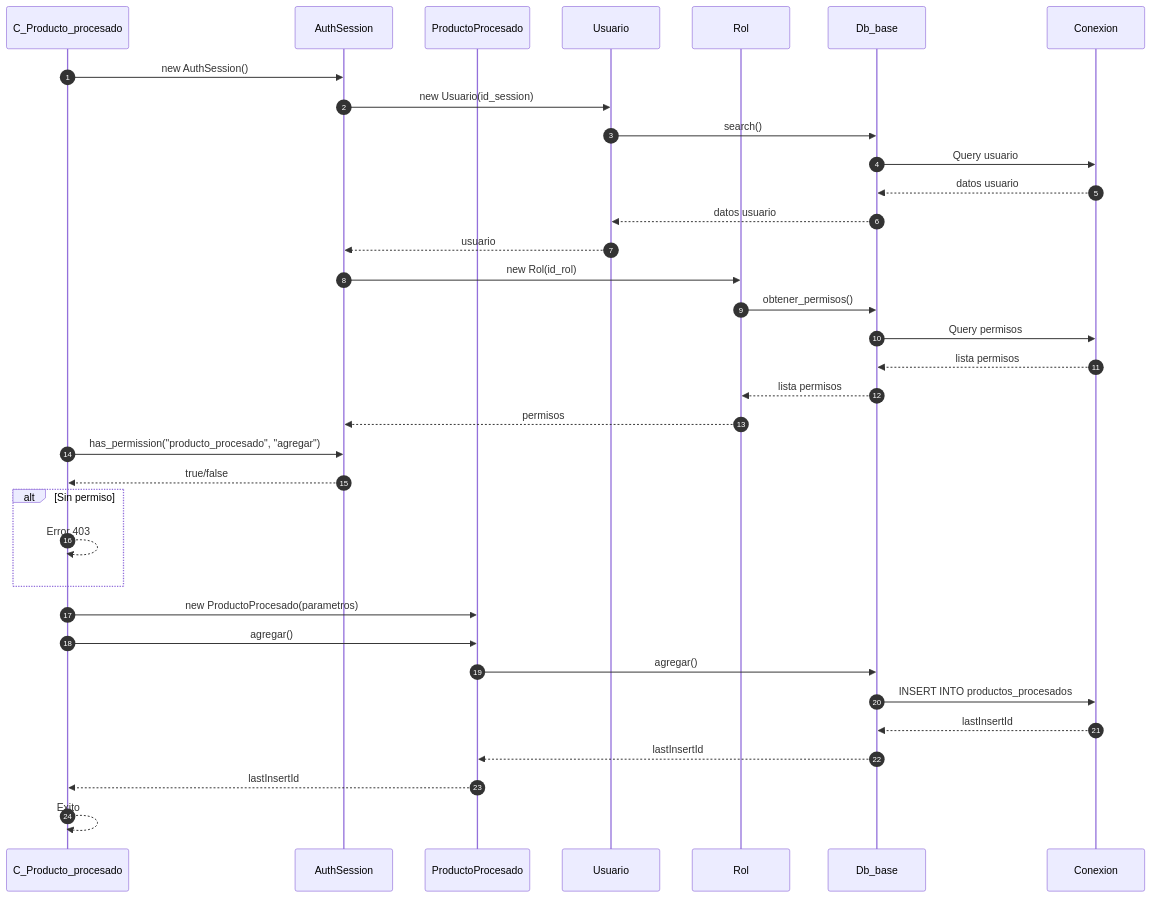
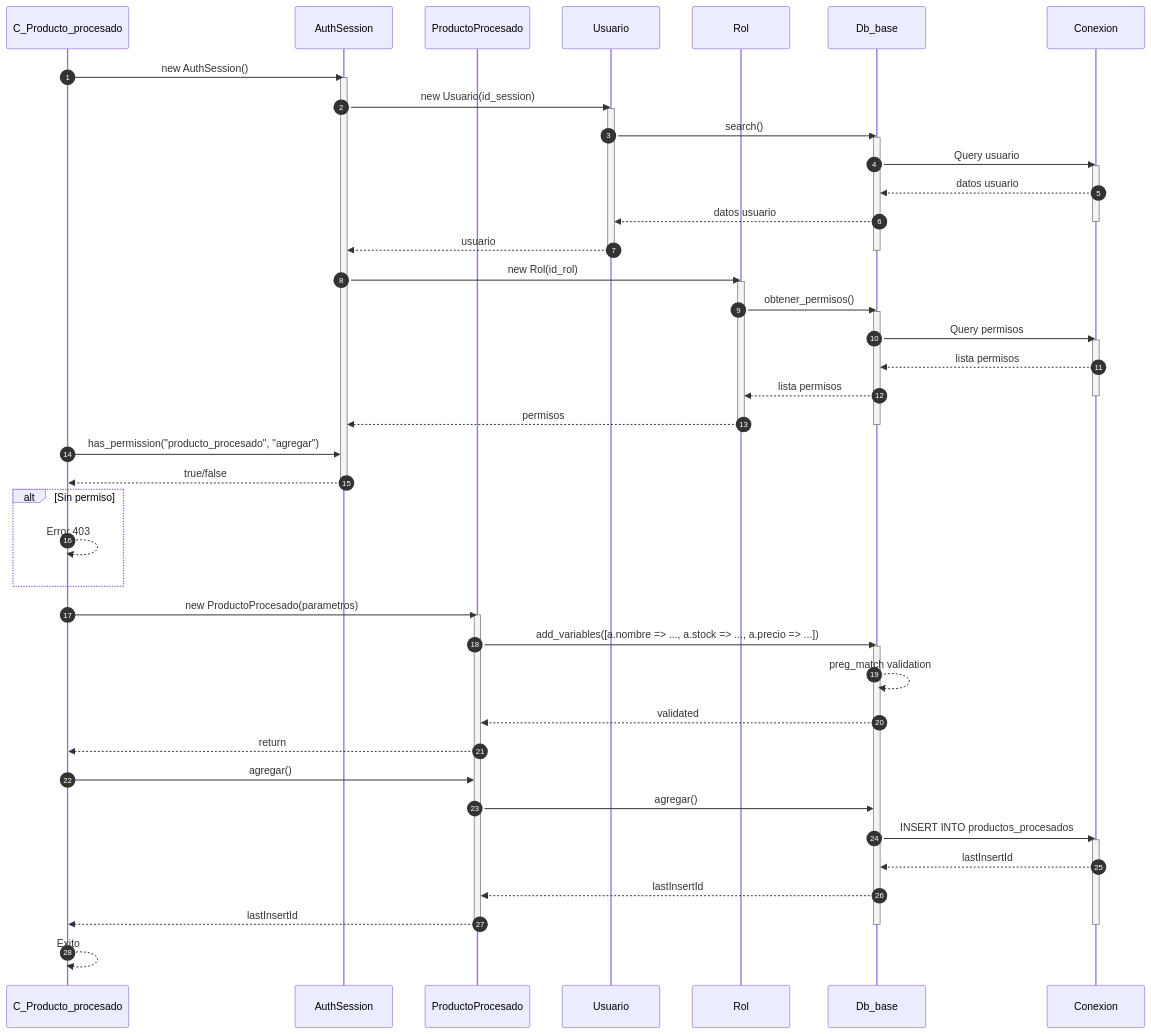
The first of 4 diagrams in docs/secuencia/productos/producto_procesado.md (Tecrato/BurgerHouse), drawn with Mermaid before and after one commit. The commit also changed other lines of this file and 16 other files, not shown here.

First line of the commit message:
Annotate mermaid sequences & throttle generator

````diff
--- a/docs/secuencia/productos/producto_procesado.md
+++ b/docs/secuencia/productos/producto_procesado.md
@@ -5,43 +5,67 @@
 ```mermaid
 sequenceDiagram
     autonumber
     participant C_PP as C_Producto_procesado
     participant AuthSession as AuthSession
     participant ProductoProcesado as ProductoProcesado
     participant Usuario as Usuario
     participant Rol as Rol
     participant Db_base as Db_base
     participant Conexion as Conexion
     
     C_PP->>AuthSession: new AuthSession()
+    activate AuthSession
     AuthSession->>Usuario: new Usuario(id_session)
+    activate Usuario
     Usuario->>Db_base: search()
+    activate Db_base
     Db_base->>Conexion: Query usuario
+    activate Conexion
     Conexion-->>Db_base: datos usuario
     Db_base-->>Usuario: datos usuario
+    deactivate Conexion
     Usuario-->>AuthSession: usuario
+    deactivate Usuario
+    deactivate Db_base
     
     AuthSession->>Rol: new Rol(id_rol)
+    activate Rol
     Rol->>Db_base: obtener_permisos()
+    activate Db_base
     Db_base->>Conexion: Query permisos
+    activate Conexion
     Conexion-->>Db_base: lista permisos
     Db_base-->>Rol: lista permisos
+    deactivate Conexion
     Rol-->>AuthSession: permisos
+    deactivate Rol
+    deactivate Db_base
     
     C_PP->>AuthSession: has_permission("producto_procesado", "agregar")
     AuthSession-->>C_PP: true/false
+    deactivate AuthSession
     
     alt Sin permiso
         C_PP-->>C_PP: Error 403
     end
     
     C_PP->>ProductoProcesado: new ProductoProcesado(parametros)
+    activate ProductoProcesado
+    ProductoProcesado->>Db_base: add_variables([a.nombre => ..., a.stock => ..., a.precio => ...])
+    activate Db_base
+    Db_base-->>Db_base: preg_match validation
+    Db_base-->>ProductoProcesado: validated
+    ProductoProcesado-->>C_PP: return
     C_PP->>ProductoProcesado: agregar()
     ProductoProcesado->>Db_base: agregar()
     Db_base->>Conexion: INSERT INTO productos_procesados
+    activate Conexion
     Conexion-->>Db_base: lastInsertId
     Db_base-->>ProductoProcesado: lastInsertId
     ProductoProcesado-->>C_PP: lastInsertId
+    deactivate ProductoProcesado
+    deactivate Conexion
+    deactivate Db_base
     
     C_PP-->>C_PP: Exito
 ```
````
